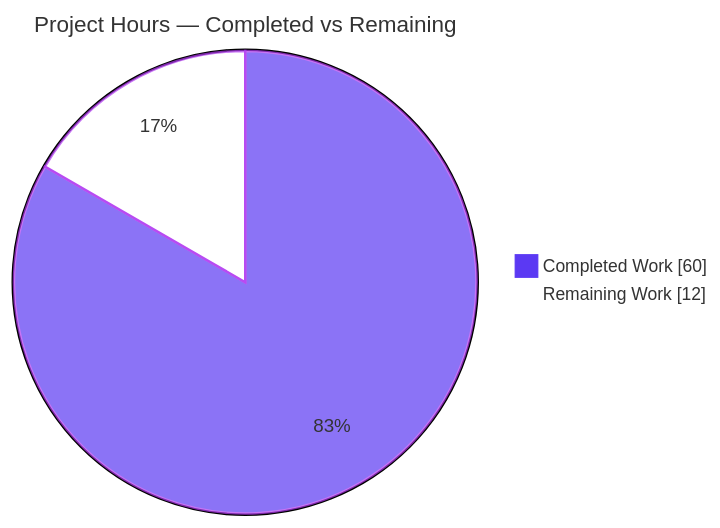
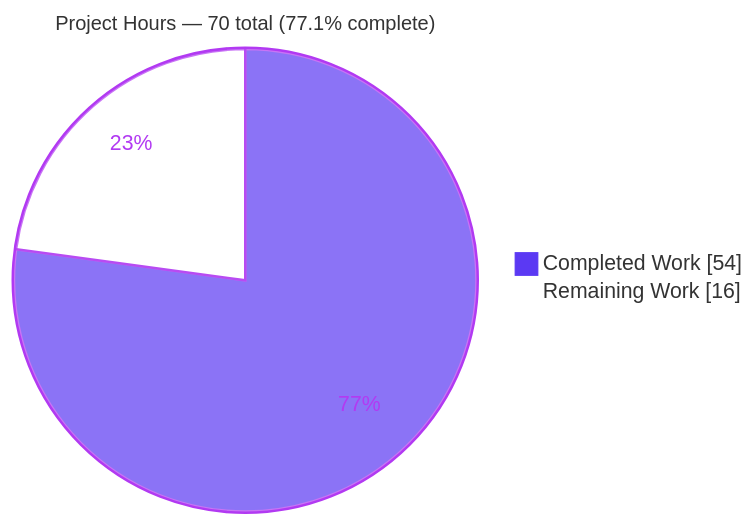
Before and after one commit to Blitzy-Sandbox/blitzy-celery: the second of 3 diagrams in blitzy/documentation/Project Guide.md, drawn with Mermaid. The commit also changed other lines of this file, not shown here.

Commit message:
Adding Blitzy Project Guide: Project Status and Human Tasks Remaining

````diff
--- a/blitzy/documentation/Project Guide.md
+++ b/blitzy/documentation/Project Guide.md
@@ -215,6 +199,6 @@
 ```mermaid
-%%{init: {'theme':'base','themeVariables':{'pie1':'#5B39F3','pie2':'#FFFFFF','pieStrokeColor':'#B23AF2','pieStrokeWidth':'2px','pieOuterStrokeWidth':'2px','pieTitleTextSize':'18px','pieSectionTextSize':'15px','pieLegendTextSize':'14px'}}}%%
-pie showData title Project Hours — Completed vs Remaining
-    "Completed Work" : 60
-    "Remaining Work" : 12
+%%{init: {'theme':'base','themeVariables':{'pie1':'#5B39F3','pie2':'#FFFFFF','pieStrokeColor':'#B23AF2','pieOuterStrokeColor':'#B23AF2','pieSectionTextColor':'#B23AF2','pieStrokeWidth':'2px','pieTitleTextSize':'16px'}}}%%
+pie showData title Project Hours — 70 total (77.1% complete)
+    "Completed Work" : 54
+    "Remaining Work" : 16
 ```
````
